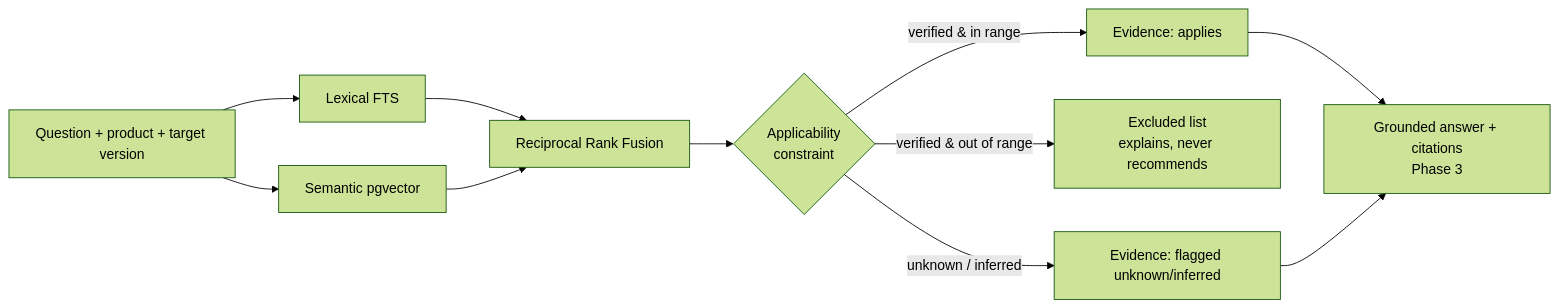
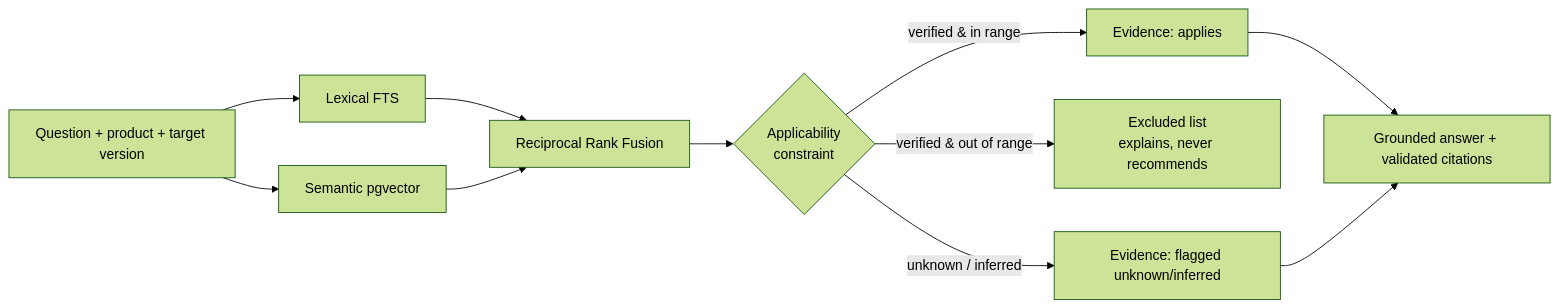
One commit to lucasoalima/VersionProofAI changed the diagram in README.md. Above: the diagram before and after it, drawn with Mermaid (forest theme). The commit also changed other lines of this file and 35 other files, not shown here.

Commit message:
Phase 3: evidence-based answer engine, citation validation, answer benchmark

````diff
--- a/README.md
+++ b/README.md
@@ -37,13 +38,13 @@
 ```mermaid
 flowchart LR
   Q[Question + product + target version] --> L[Lexical FTS]
   Q --> S[Semantic pgvector]
   L --> F[Reciprocal Rank Fusion]
   S --> F
   F --> C{Applicability<br/>constraint}
   C -- verified & in range --> E[Evidence: applies]
   C -- verified & out of range --> X[Excluded list<br/>explains, never recommends]
   C -- unknown / inferred --> U[Evidence: flagged unknown/inferred]
-  E --> A[Grounded answer + citations<br/>Phase 3]
+  E --> A[Grounded answer + validated citations]
   U --> A
 ```
````
